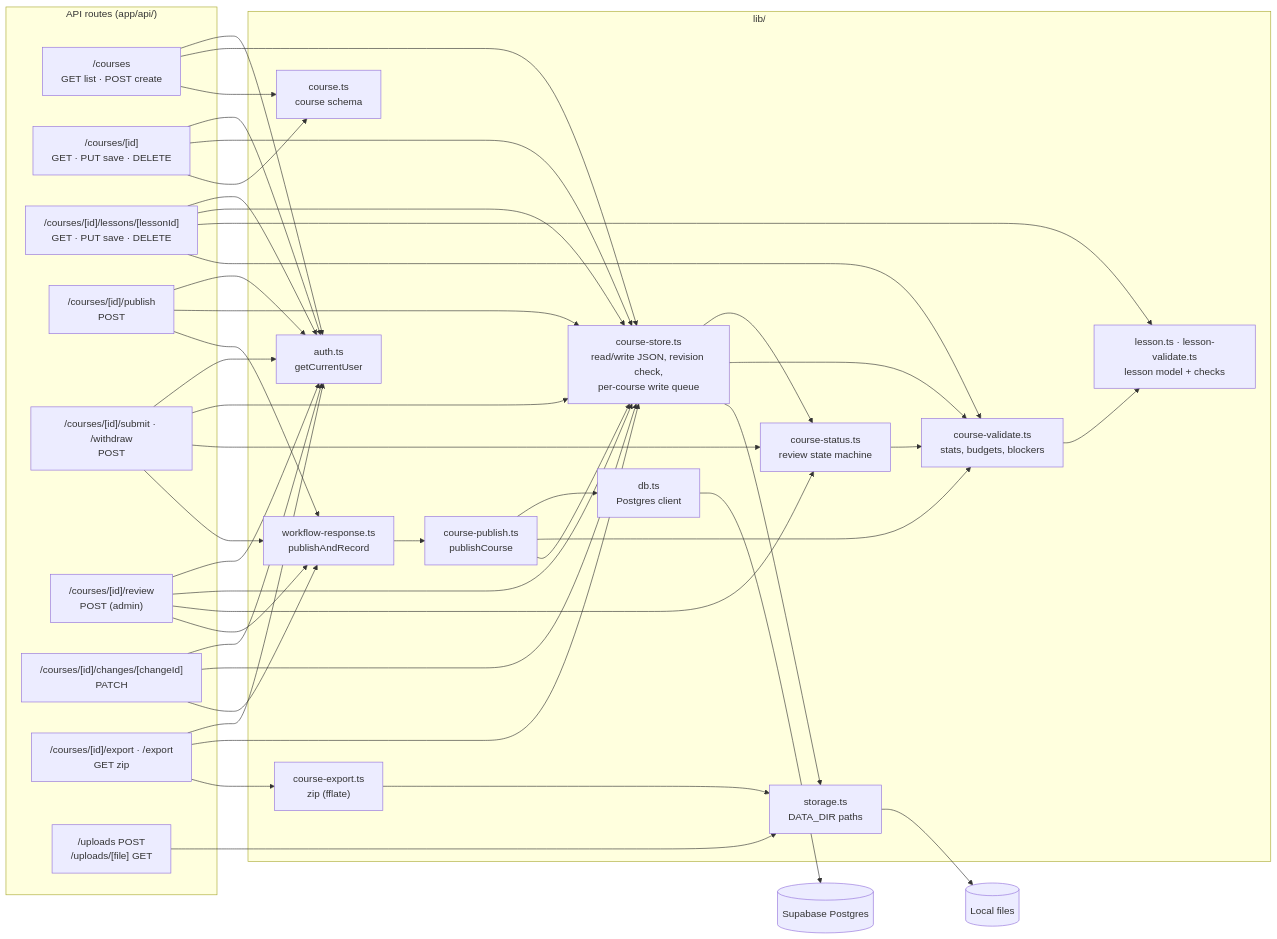
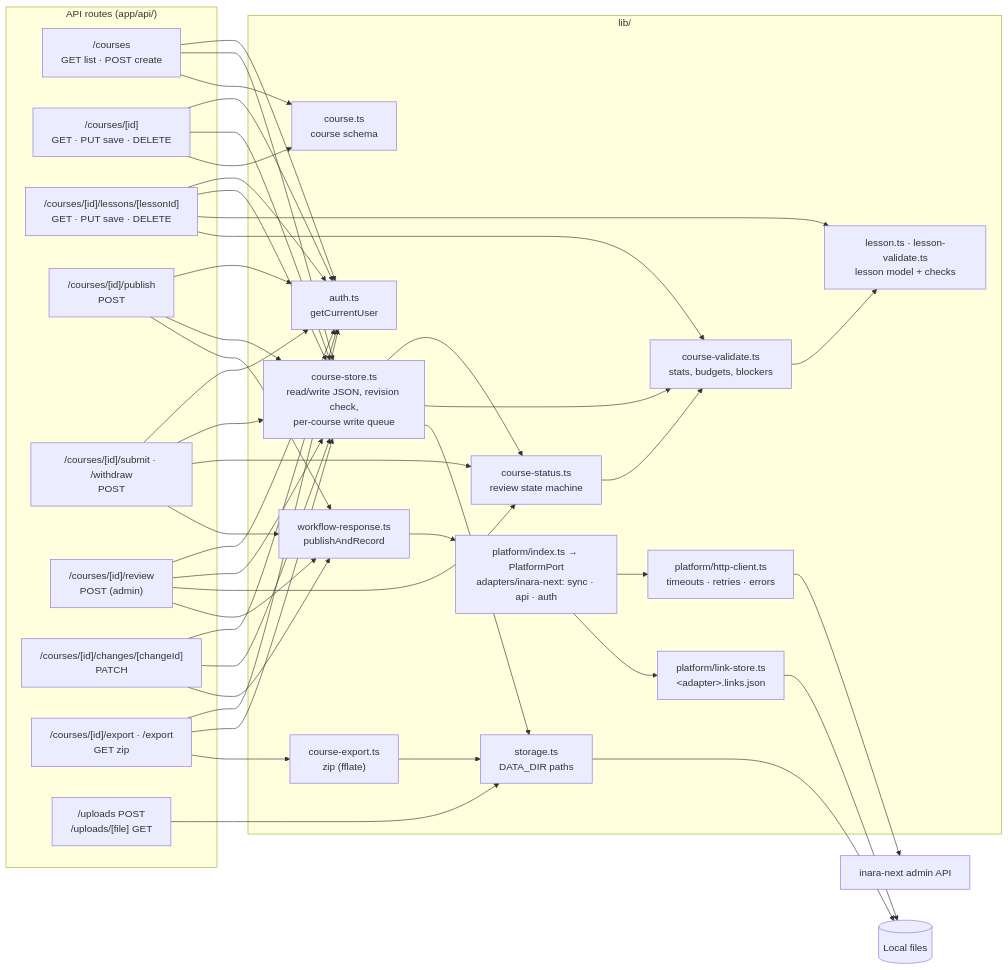
Before and after one commit to HafsaJavedPak/inarax-course-editor: the sixth of 7 diagrams in docs/ARCHITECTURE.md, drawn with Mermaid. The commit also changed other lines of this file and 99 other files, not shown here.

````diff
--- a/docs/ARCHITECTURE.md
+++ b/docs/ARCHITECTURE.md
@@ -234,43 +245,44 @@
 ```mermaid
 flowchart LR
     subgraph Routes["API routes (app/api/)"]
         R1["/courses<br/>GET list · POST create"]
         R2["/courses/[id]<br/>GET · PUT save · DELETE"]
         R3["/courses/[id]/lessons/[lessonId]<br/>GET · PUT save · DELETE"]
         R4["/courses/[id]/publish<br/>POST"]
         R5["/courses/[id]/submit · /withdraw<br/>POST"]
         R6["/courses/[id]/review<br/>POST (admin)"]
         R7["/courses/[id]/changes/[changeId]<br/>PATCH"]
         R8["/courses/[id]/export · /export<br/>GET zip"]
         R9["/uploads POST<br/>/uploads/[file] GET"]
     end
     subgraph Lib["lib/"]
         AUTH["auth.ts<br/>getCurrentUser"]
         STORE["course-store.ts<br/>read/write JSON, revision check,<br/>per-course write queue"]
         STAT["course-status.ts<br/>review state machine"]
         CVAL["course-validate.ts<br/>stats, budgets, blockers"]
         COURSE["course.ts<br/>course schema"]
         LESSON["lesson.ts · lesson-validate.ts<br/>lesson model + checks"]
         WR["workflow-response.ts<br/>publishAndRecord"]
-        PUBL["course-publish.ts<br/>publishCourse"]
-        DBM["db.ts<br/>Postgres client"]
+        PUBL["platform/index.ts → PlatformPort<br/>adapters/inara-next: sync · api · auth"]
+        DBM["platform/http-client.ts<br/>timeouts · retries · errors"]
+        LNK["platform/link-store.ts<br/>&lt;adapter&gt;.links.json"]
         EXP["course-export.ts<br/>zip (fflate)"]
         STG["storage.ts<br/>DATA_DIR paths"]
     end
     FS[("Local files")]
-    DB[("Supabase Postgres")]
+    DB["inara-next admin API"]
 
     R1 & R2 & R3 & R4 & R5 & R6 & R7 & R8 --> AUTH
     R1 & R2 & R3 & R4 & R5 & R6 & R7 & R8 --> STORE
     R2 & R1 --> COURSE
     R3 --> LESSON & CVAL
     R5 & R6 --> STAT
     R4 & R5 & R6 & R7 --> WR
     WR --> PUBL --> DBM --> DB
-    PUBL --> CVAL & STORE
+    PUBL --> LNK --> FS
     R8 --> EXP --> STG
     R9 --> STG
     STORE --> STAT & CVAL & STG
     STAT --> CVAL --> LESSON
     STG --> FS
 ```
````
